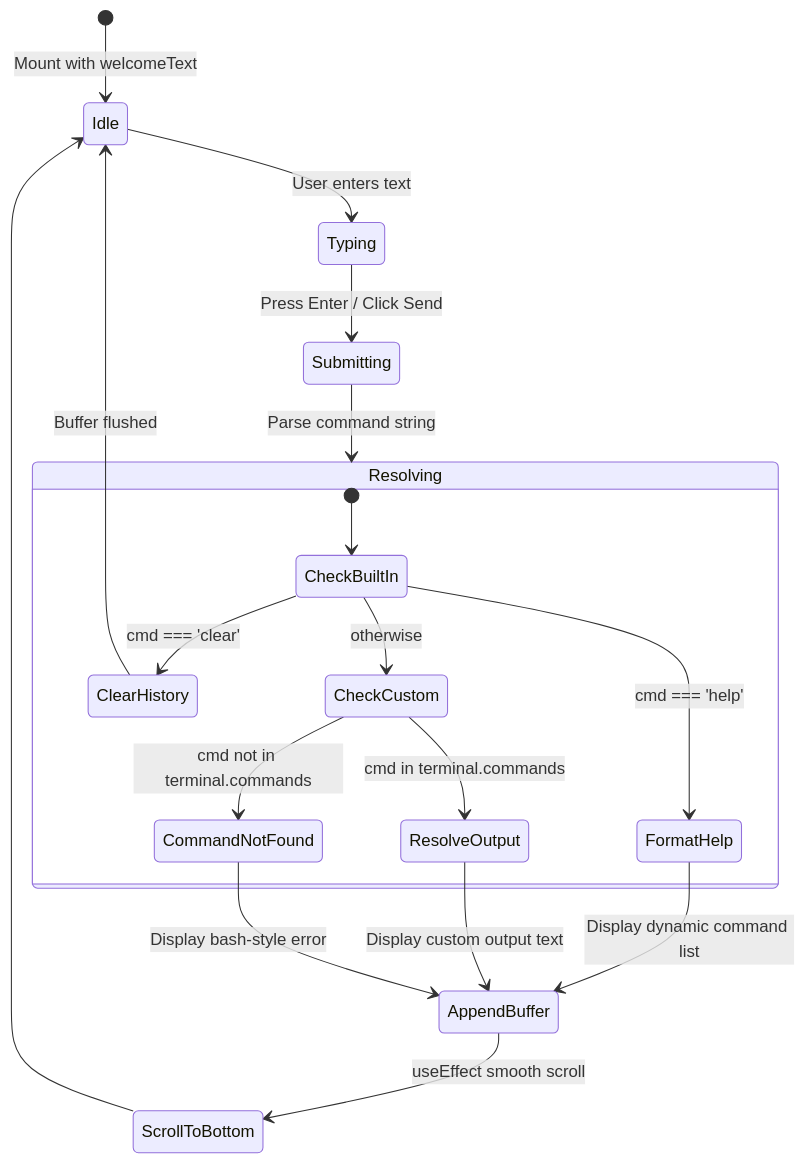
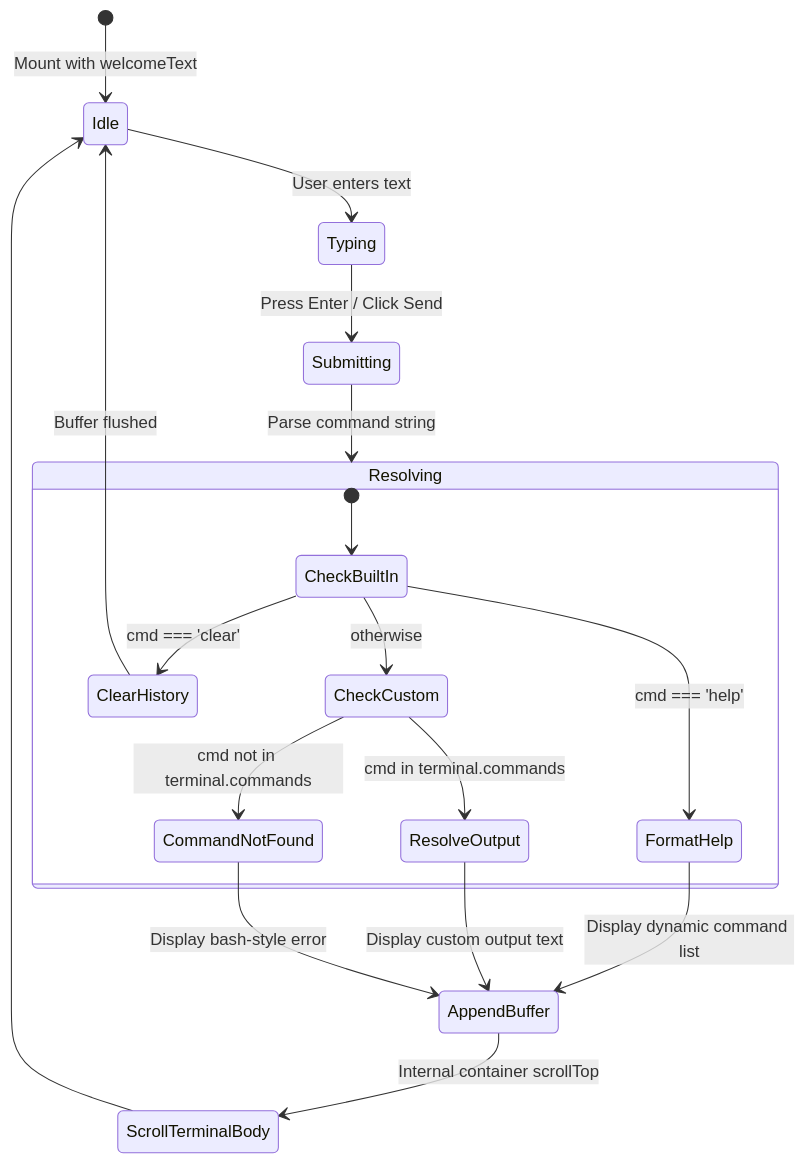
Before and after one commit to YaronL16/Web: the diagram in specs/04-terminal-engine-spec.md, drawn with Mermaid. The commit also changed other lines of this file, not shown here.

Commit message:
docs(spec): update terminal engine spec for internal container scroll

````diff
--- a/specs/04-terminal-engine-spec.md
+++ b/specs/04-terminal-engine-spec.md
@@ -11,23 +11,23 @@
 ```mermaid
 stateDiagram-v2
     [*] --> Idle: Mount with welcomeText
     Idle --> Typing: User enters text
     Typing --> Submitting: Press Enter / Click Send
     Submitting --> Resolving: Parse command string
     
     state Resolving {
         [*] --> CheckBuiltIn
         CheckBuiltIn --> ClearHistory: cmd === 'clear'
         CheckBuiltIn --> FormatHelp: cmd === 'help'
         CheckBuiltIn --> CheckCustom: otherwise
         CheckCustom --> ResolveOutput: cmd in terminal.commands
         CheckCustom --> CommandNotFound: cmd not in terminal.commands
     }
 
     ClearHistory --> Idle: Buffer flushed
     FormatHelp --> AppendBuffer: Display dynamic command list
     ResolveOutput --> AppendBuffer: Display custom output text
     CommandNotFound --> AppendBuffer: Display bash-style error
-    AppendBuffer --> ScrollToBottom: useEffect smooth scroll
-    ScrollToBottom --> Idle
+    AppendBuffer --> ScrollTerminalBody: Internal container scrollTop
+    ScrollTerminalBody --> Idle
 ```
````
